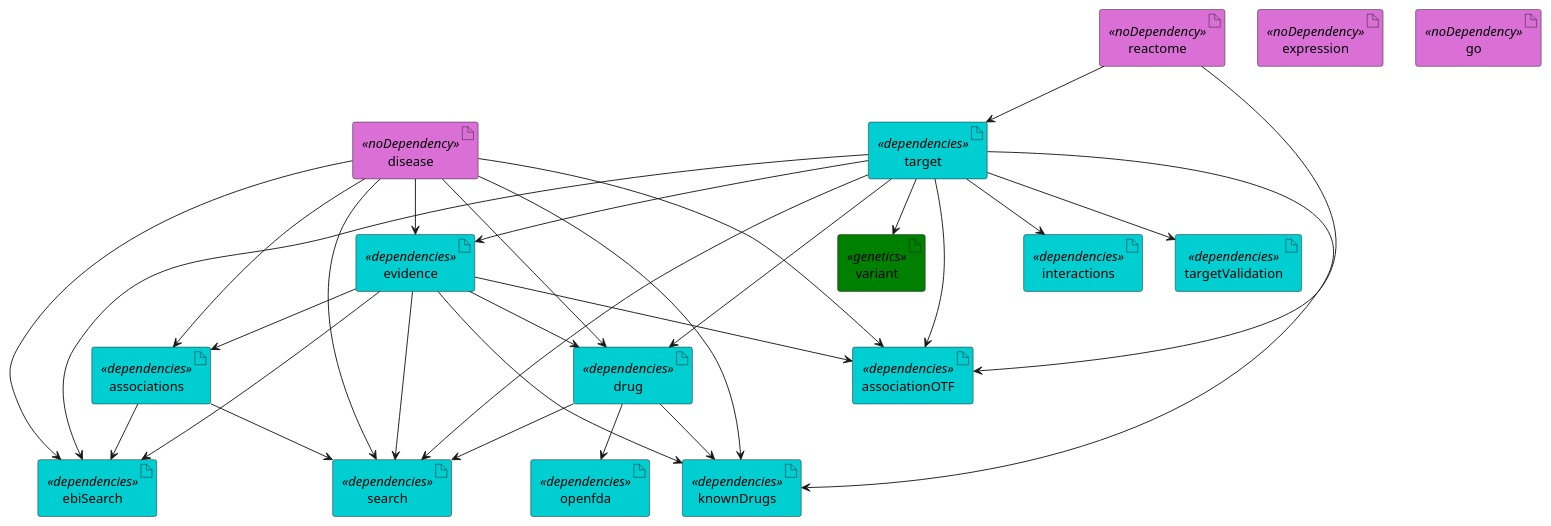
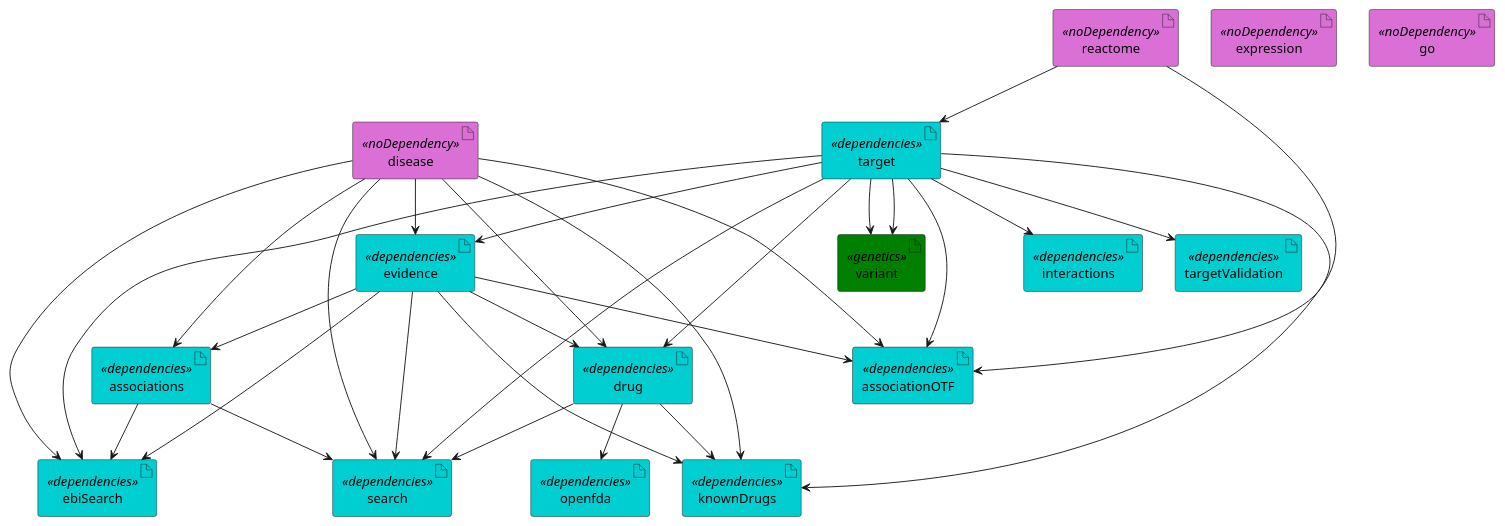
One commit to opentargets/platform-etl-backend changed the diagram in documentation/etl_current.puml. Above: the diagram before and after it, drawn with PlantUML.

Commit message:
Update variant to improve performance.

```diff
--- a/documentation/etl_current.puml
+++ b/documentation/etl_current.puml
@@ -1,69 +1,71 @@
 @startuml
 skinparam interface {
     backgroundColor<<input>> darkblue
     backgroundColor<<output>> cyan
 }
 skinparam artifact {
      backgroundColor<<noDependency>> orchid
      backgroundColor<<dependencies>> darkturquoise
      backgroundColor<<genetics>> green
  }
 ' steps
 artifact associations <<dependencies>>
 artifact associationOTF <<dependencies>>
 artifact disease <<noDependency>>
 artifact drug <<dependencies>>
 artifact evidence <<dependencies>>
 artifact expression <<noDependency>>
 artifact go <<noDependency>>
 artifact interactions <<dependencies>>
 artifact knownDrugs <<dependencies>>
 artifact targetValidation<<dependencies>>
 artifact reactome <<noDependency>>
 artifact search <<dependencies>>
 artifact target <<dependencies>>
 artifact openfda <<dependencies>>
 artifact ebiSearch <<dependencies>>
+artifact variant <<dependencies>>
 
 artifact variant <<genetics>>
 
 reactome --> target
 
 evidence --> associations
 disease --> associations
 
 reactome --> associationOTF
 evidence --> associationOTF
 disease --> associationOTF
 target --> associationOTF
 
 target --> drug
 disease --> drug
 evidence --> drug
 target --> evidence
 disease --> evidence
 
 evidence --> knownDrugs
 disease --> knownDrugs
 target --> knownDrugs
 drug --> knownDrugs
 
 evidence --> search
 disease --> search
 target --> search
 drug --> search
 associations --> search
 
 target --> interactions
 target --> variant
 
 target --> targetValidation
+target --> variant
 
 drug --> openfda
 
 disease --> ebiSearch
 target --> ebiSearch
 evidence --> ebiSearch
 associations --> ebiSearch
 
 @enduml
```
